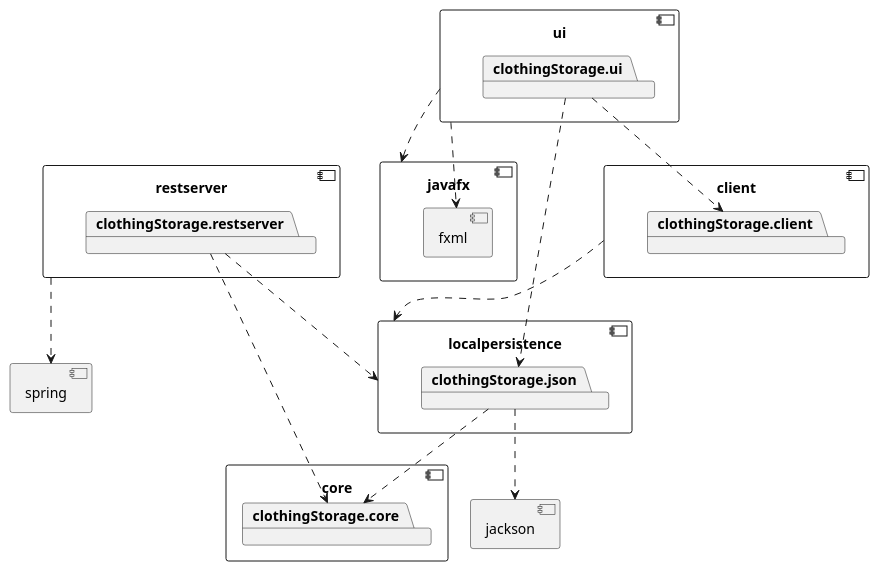
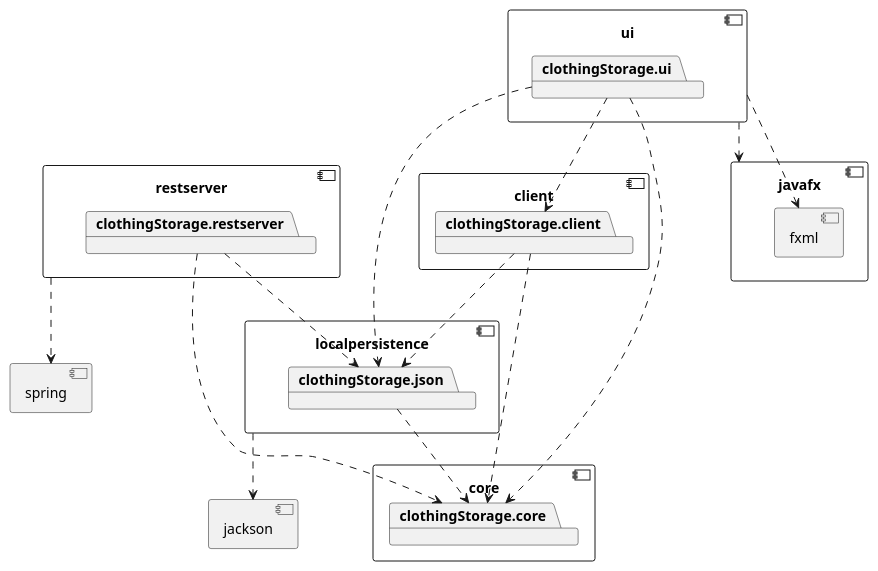
Before and after one commit to olejacobmellgren/clothingStorage: the diagram in docs/release3/diagrams/packagediagram.puml, drawn with PlantUML. The commit also changed 1 other file, not shown here.

Commit message:
#38 package-diagram finished
What: made some changes to the structure and visuals of packagediagram

Why: a package-diagram is needed

```diff
--- a/docs/release3/diagrams/packagediagram.puml
+++ b/docs/release3/diagrams/packagediagram.puml
@@ -1,49 +1,50 @@
 @startuml architecture
 
 component core {
 	package clothingStorage.core
 }
 
 component localpersistence {
 	package clothingStorage.json
 }
 
 component client {
     package clothingStorage.client
 }
 
 component ui {
 	package clothingStorage.ui
 }
 
-clothingStorage.ui ..> clothingStorage.json
-clothingStorage.ui ..> clothingStorage.client
+component spring {
+}
+
+component restserver {
+    package clothingStorage.restserver
+}
 
 component jackson {
 }
-
-clothingStorage.json ..> jackson
-clothingStorage.json ..> clothingStorage.core
 
 component javafx {
 	component fxml {
 	}
 }
 
+clothingStorage.ui ..> clothingStorage.json
+clothingStorage.ui ..> clothingStorage.client
 ui ..> javafx
 ui ..> fxml
+clothingStorage.ui ..> clothingStorage.core
 
-client ..> localpersistence
+localpersistence ..> jackson
+clothingStorage.json ..> clothingStorage.core
 
-component restserver {
-    package clothingStorage.restserver
-}
+clothingStorage.client ..> clothingStorage.json
+clothingStorage.client ..> clothingStorage.core
 
-clothingStorage.restserver ..> localpersistence
+clothingStorage.restserver ..> clothingStorage.json
 clothingStorage.restserver ..> clothingStorage.core
 restserver ..> spring
 
-component spring {
-}
-
 @enduml
```
